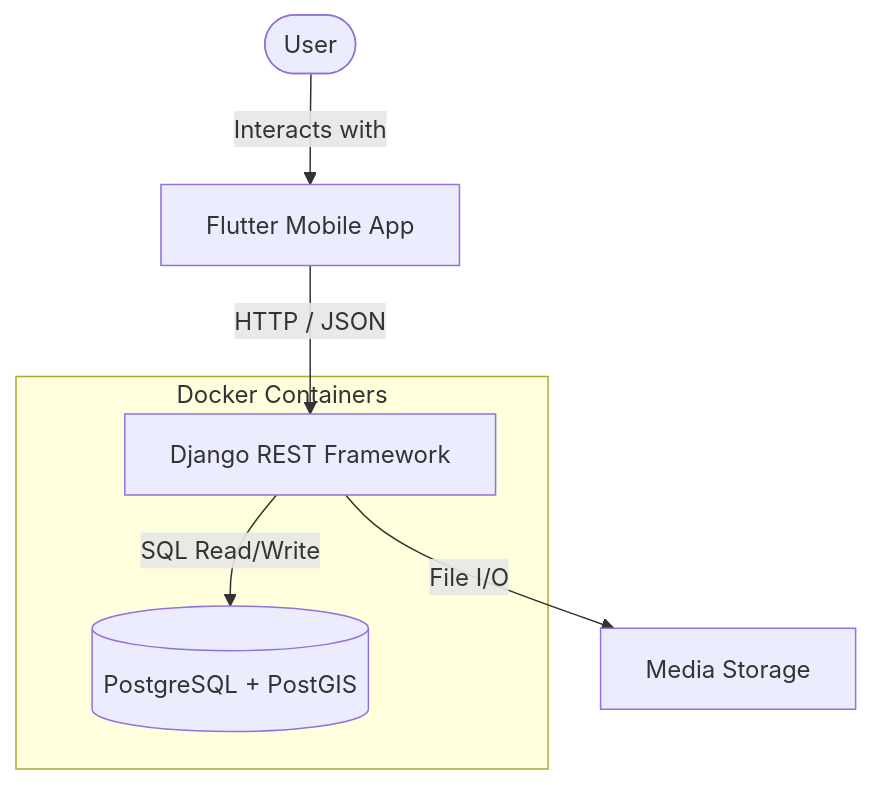
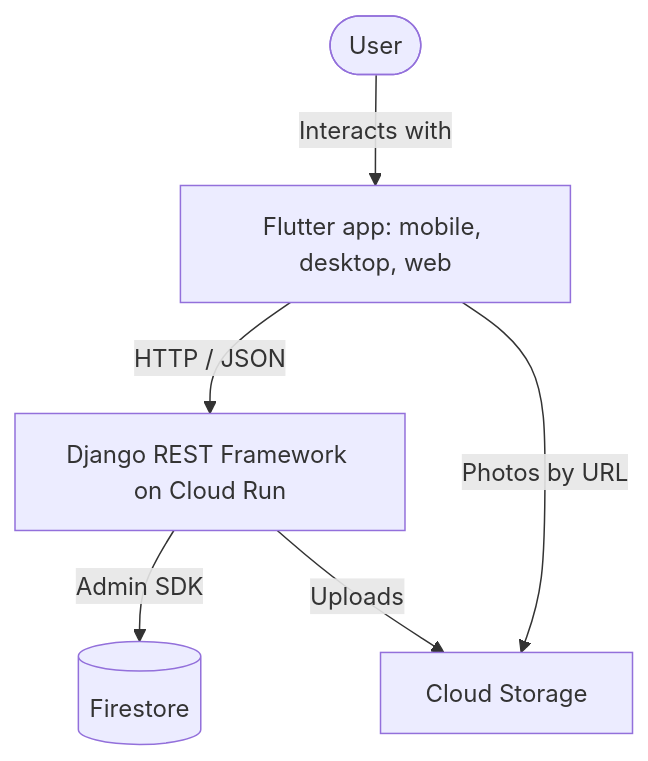
The diagram in README.md (b1codes/Map-My-Friends), drawn with Mermaid before and after one commit. The commit also changed other lines of this file and 7 other files, not shown here.

First line of the commit message:
chore(deploy): retire the EC2 deploy files and the PostGIS descriptions

````diff
--- a/README.md
+++ b/README.md
@@ -33,12 +33,8 @@
 ```mermaid
 graph TD
-    User([User]) -->|Interacts with| Frontend[Flutter Mobile App]
-    Frontend -->|HTTP / JSON| API[Django REST Framework]
-    API -->|SQL Read/Write| DB[(PostgreSQL + PostGIS)]
-    API -->|File I/O| Media[Media Storage]
-    
-    subgraph Docker Containers
-        API
-        DB
-    end
+    User([User]) -->|Interacts with| Frontend[Flutter app: mobile, desktop, web]
+    Frontend -->|HTTP / JSON| API[Django REST Framework on Cloud Run]
+    API -->|Admin SDK| DB[(Firestore)]
+    API -->|Uploads| Media[Cloud Storage]
+    Frontend -->|Photos by URL| Media
 ```
````
